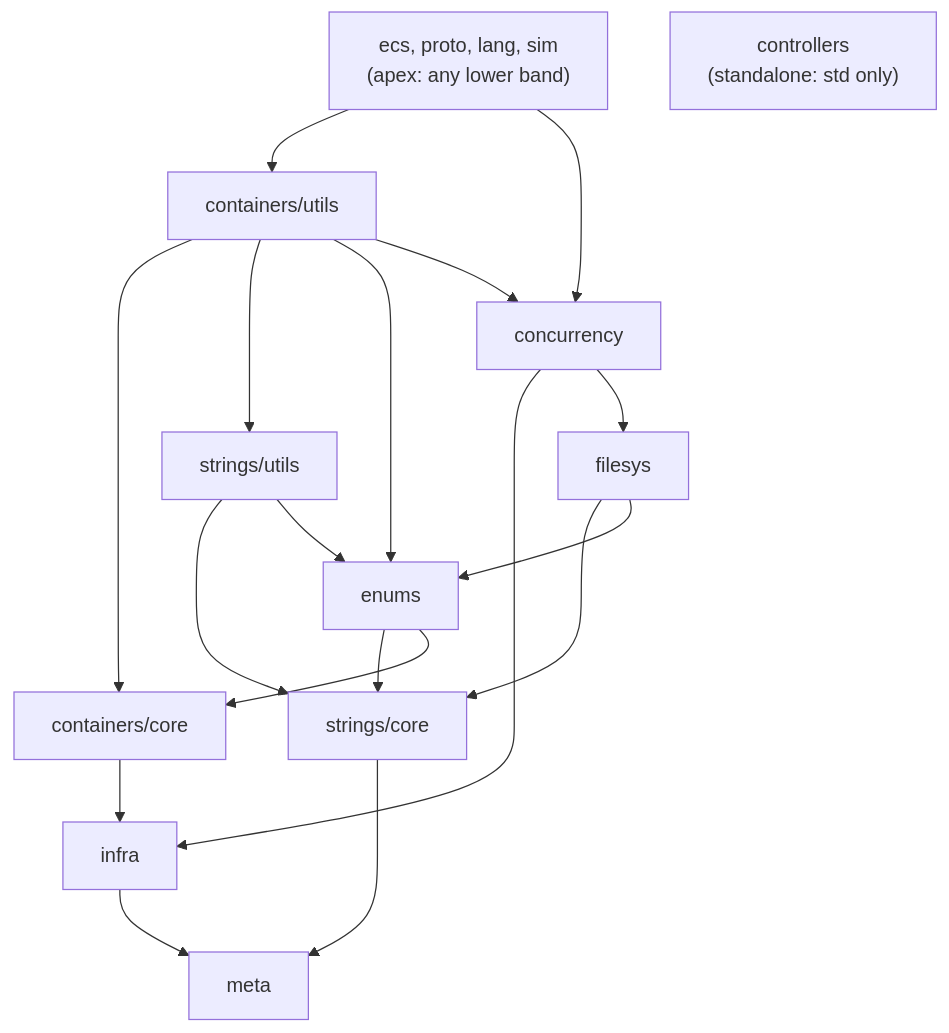
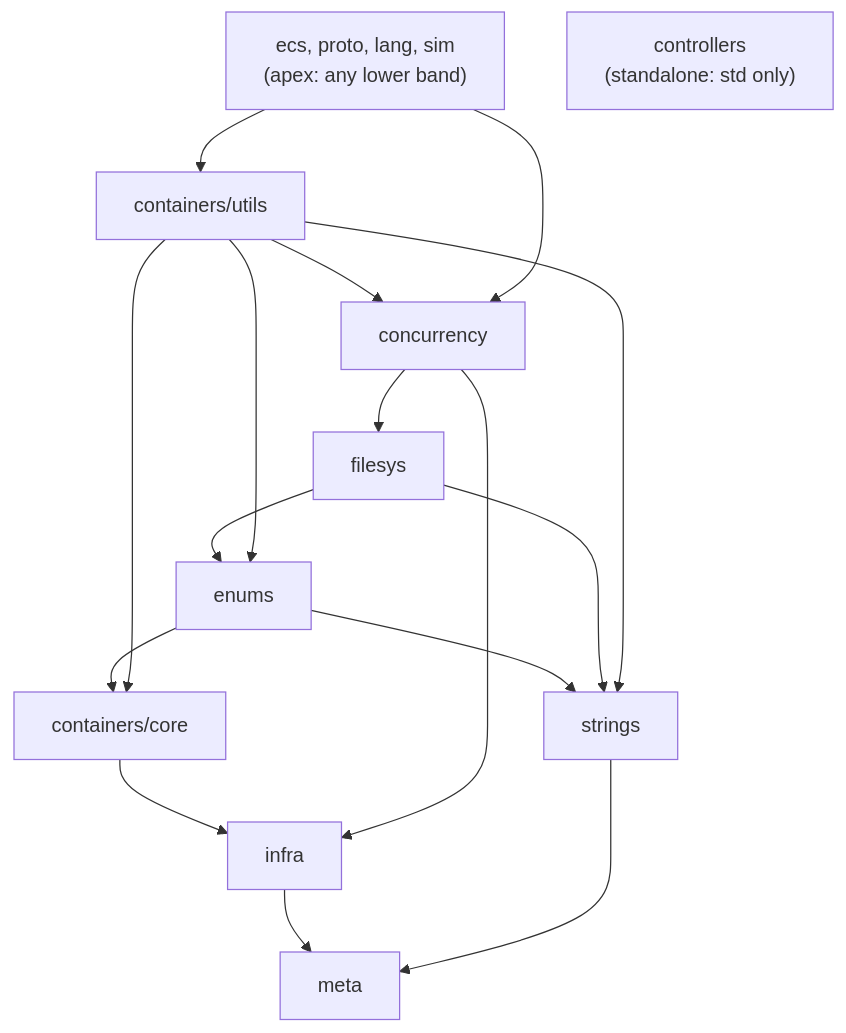
The diagram in corvid/deps.md (stevensudit/Corvid), drawn with Mermaid before and after one commit. The commit also changed other lines of this file and 114 other files, not shown here.

````diff
--- a/corvid/deps.md
+++ b/corvid/deps.md
@@ -110,32 +112,29 @@
 ```mermaid
 graph TD
     meta[meta]
     infra[infra]
-    strings_core["strings/core"]
+    strings[strings]
     containers_core["containers/core"]
     enums[enums]
-    strings_utils["strings/utils"]
     filesys[filesys]
     concurrency[concurrency]
     containers_utils["containers/utils"]
     apex["ecs, proto, lang, sim<br/>(apex: any lower band)"]
     controllers["controllers<br/>(standalone: std only)"]
 
     infra --> meta
-    strings_core --> meta
+    strings --> meta
     containers_core --> infra
-    enums --> strings_core
+    enums --> strings
     enums --> containers_core
-    strings_utils --> strings_core
-    strings_utils --> enums
-    filesys --> strings_core
+    filesys --> strings
     filesys --> enums
     concurrency --> infra
     concurrency --> filesys
     containers_utils --> containers_core
-    containers_utils --> strings_utils
+    containers_utils --> strings
     containers_utils --> enums
     containers_utils --> concurrency
     apex --> containers_utils
     apex --> concurrency
 ```
````
